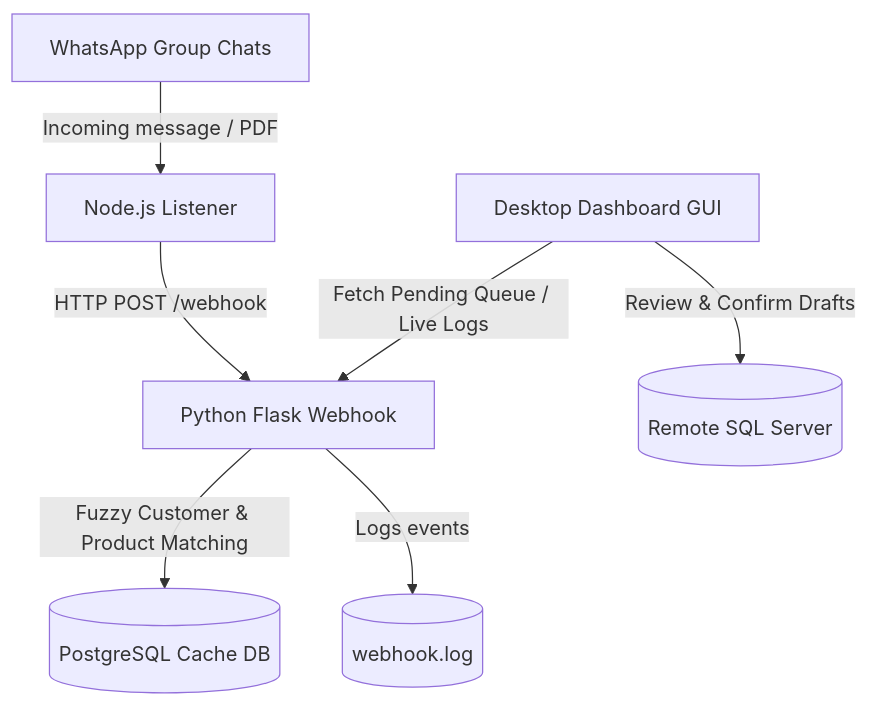
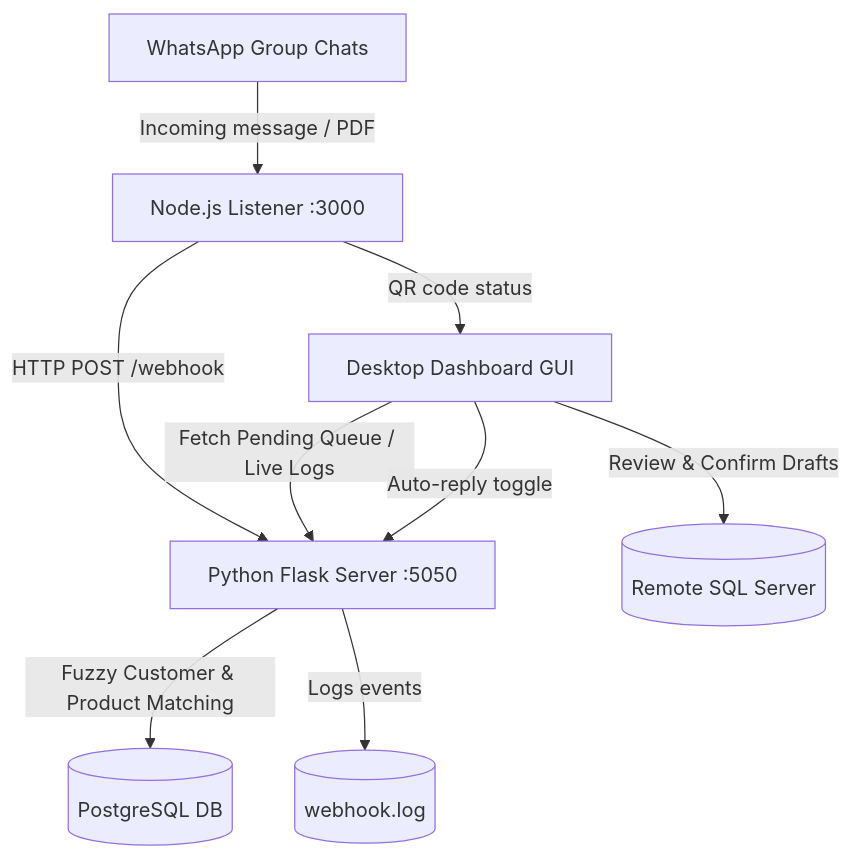
One commit to PatricioSal/ColinasOrder changed the diagram in README.md. Above: the diagram before and after it, drawn with Mermaid. The commit also changed other lines of this file, not shown here.

````diff
--- a/README.md
+++ b/README.md
@@ -27,9 +34,11 @@
 ```mermaid
 graph TD
-    A[WhatsApp Group Chats] -->|Incoming message / PDF| B[Node.js Listener]
-    B -->|HTTP POST /webhook| C[Python Flask Webhook]
-    C -->|Fuzzy Customer & Product Matching| D[(PostgreSQL Cache DB)]
+    A[WhatsApp Group Chats] -->|Incoming message / PDF| B[Node.js Listener :3000]
+    B -->|HTTP POST /webhook| C[Python Flask Server :5050]
+    C -->|Fuzzy Customer & Product Matching| D[(PostgreSQL DB)]
     C -->|Logs events| E[(webhook.log)]
-    F[Desktop Dashboard GUI] -->|Fetch Pending Queue / Live Logs| C
+    B -->|QR code status| F[Desktop Dashboard GUI]
+    F -->|Fetch Pending Queue / Live Logs| C
     F -->|Review & Confirm Drafts| G[(Remote SQL Server)]
+    F -->|Auto-reply toggle| C
 ```
````
